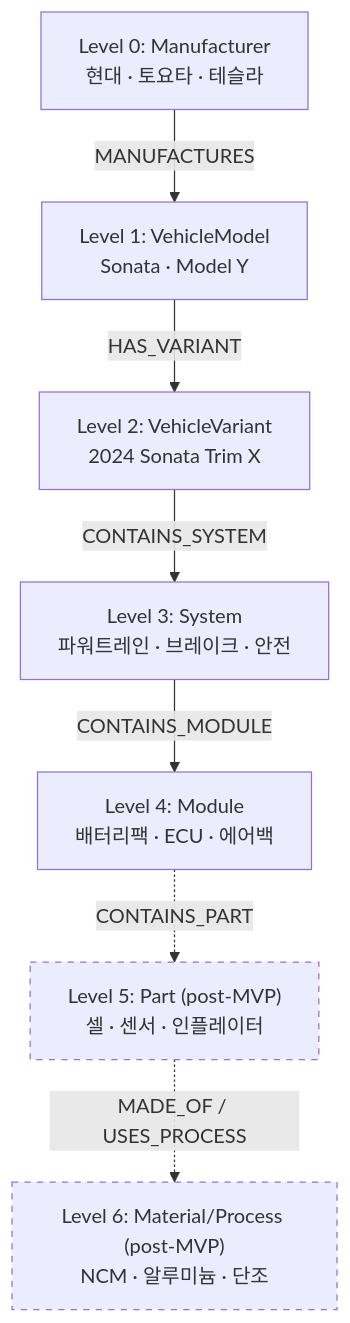
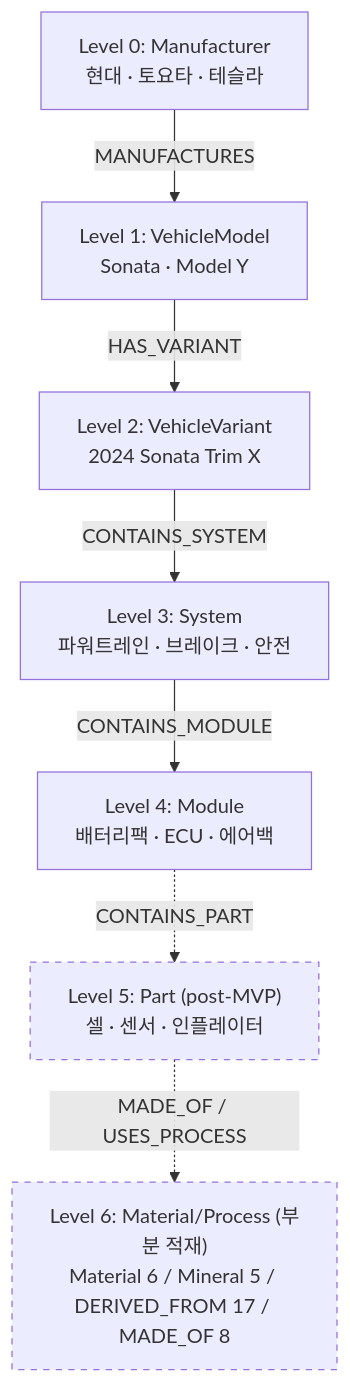
Before and after one commit to areumsim/AutoNexusGraph: the fourth of 4 diagrams in docs/autograph.md, drawn with Mermaid. The commit also changed other lines of this file and 81 other files, not shown here.

````diff
--- a/docs/autograph.md
+++ b/docs/autograph.md
@@ -199,20 +205,20 @@
 ```mermaid
 flowchart TD
     L0["Level 0: Manufacturer<br/>현대 · 토요타 · 테슬라"]
     L1["Level 1: VehicleModel<br/>Sonata · Model Y"]
     L2["Level 2: VehicleVariant<br/>2024 Sonata Trim X"]
     L3["Level 3: System<br/>파워트레인 · 브레이크 · 안전"]
     L4["Level 4: Module<br/>배터리팩 · ECU · 에어백"]
     L5["Level 5: Part (post-MVP)<br/>셀 · 센서 · 인플레이터"]
-    L6["Level 6: Material/Process (post-MVP)<br/>NCM · 알루미늄 · 단조"]
+    L6["Level 6: Material/Process (부분 적재)<br/>Material 6 / Mineral 5 / DERIVED_FROM 17 / MADE_OF 8"]
 
     L0 -->|MANUFACTURES| L1
     L1 -->|HAS_VARIANT| L2
     L2 -->|CONTAINS_SYSTEM| L3
     L3 -->|CONTAINS_MODULE| L4
     L4 -.CONTAINS_PART.-> L5
     L5 -.MADE_OF / USES_PROCESS.-> L6
 
     style L5 stroke-dasharray: 5 5
     style L6 stroke-dasharray: 5 5
 ```
````
